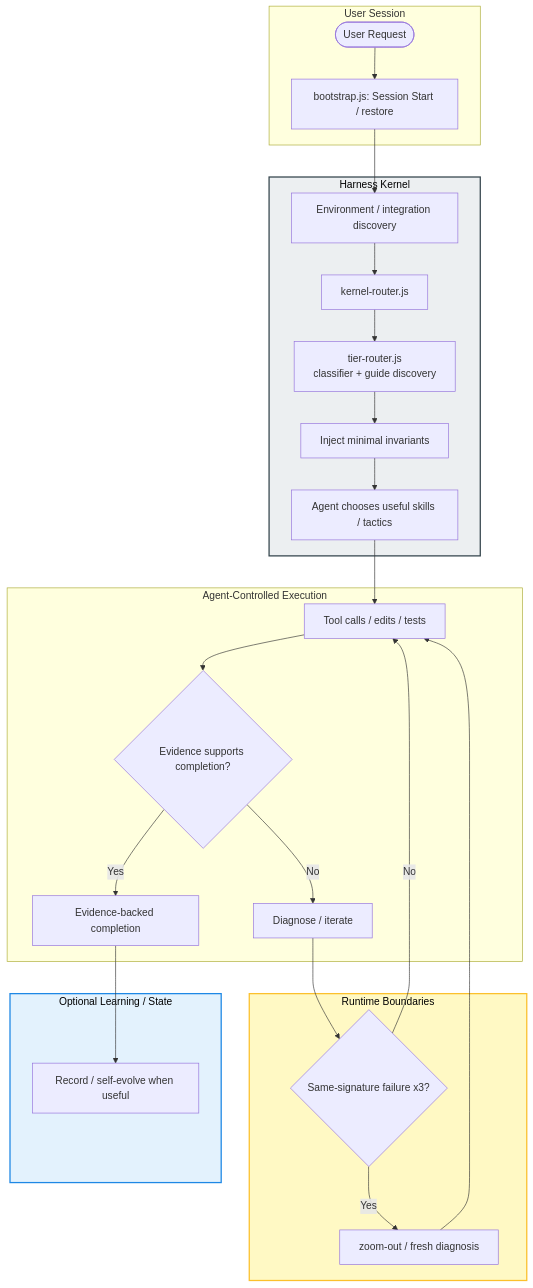
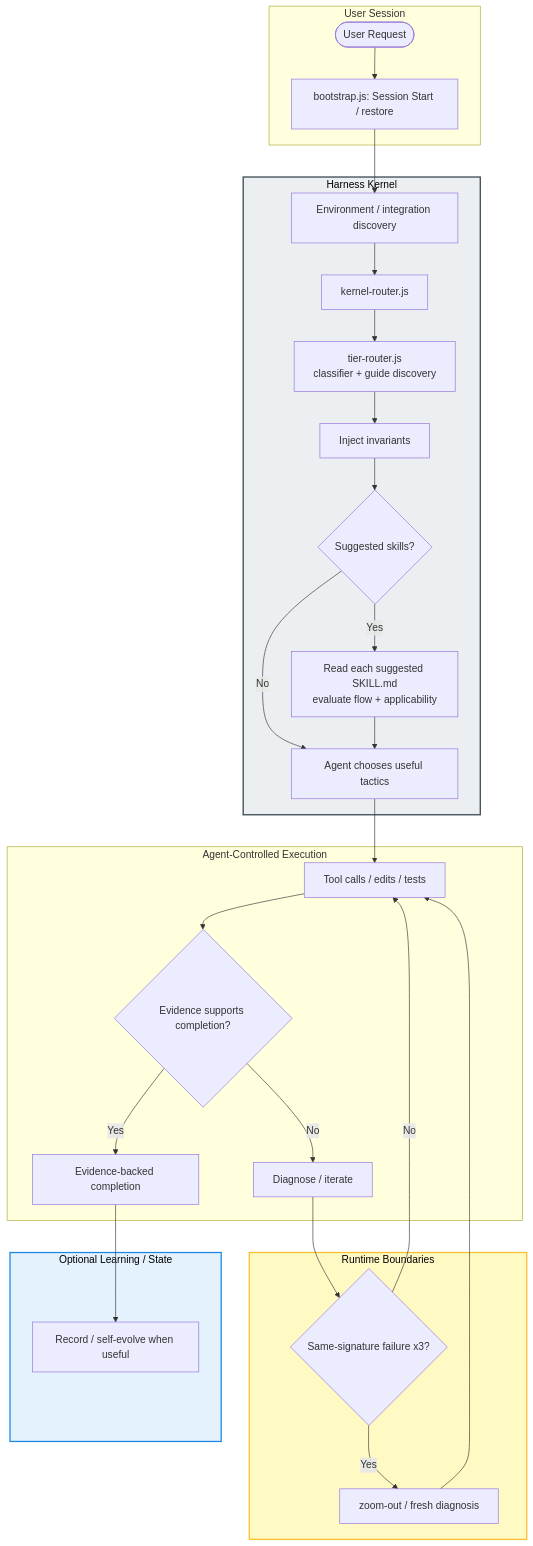
The first of 2 diagrams in docs/architecture.md (dyphn1/Harness-everything), drawn with Mermaid before and after one commit. The commit also changed other lines of this file and 16 other files, not shown here.

First line of the commit message:
feat(router): require evaluation before skipping suggested skills (#140)

````diff
--- a/docs/architecture.md
+++ b/docs/architecture.md
@@ -22,36 +25,39 @@
 ```mermaid
 flowchart TD
     subgraph User_Session [User Session]
         U([User Request]) --> Boot[bootstrap.js: Session Start / restore]
     end
 
     subgraph Kernel [Harness Kernel]
         Boot --> Preflight[Environment / integration discovery]
         Preflight --> KR[kernel-router.js]
         KR --> TR[tier-router.js<br/>classifier + guide discovery]
-        TR --> Inv[Inject minimal invariants]
-        Inv --> Choice[Agent chooses useful skills / tactics]
+        TR --> Inv[Inject invariants]
+        Inv --> Sug{Suggested skills?}
+        Sug -- Yes --> Eval[Read each suggested SKILL.md<br/>evaluate flow + applicability]
+        Sug -- No --> Choice[Agent chooses useful tactics]
+        Eval --> Choice
     end
 
     subgraph Execution [Agent-Controlled Execution]
         Choice --> Tools[Tool calls / edits / tests]
         Tools --> Evidence{Evidence supports completion?}
         Evidence -- Yes --> Done[Evidence-backed completion]
         Evidence -- No --> Retry[Diagnose / iterate]
     end
 
     subgraph Defense [Runtime Boundaries]
         Retry --> CB{Same-signature failure x3?}
         CB -- No --> Tools
         CB -- Yes --> ZO[zoom-out / fresh diagnosis]
         ZO --> Tools
     end
 
     subgraph Learning [Optional Learning / State]
         Done --> Record[Record / self-evolve when useful]
     end
 
     style Kernel fill:#eceff1,stroke:#37474f,stroke-width:2px,color:#000000
     style Defense fill:#fff9c4,stroke:#fbc02d,stroke-width:2px,color:#000000
     style Learning fill:#e3f2fd,stroke:#1e88e5,stroke-width:2px,color:#000000
 ```
````
